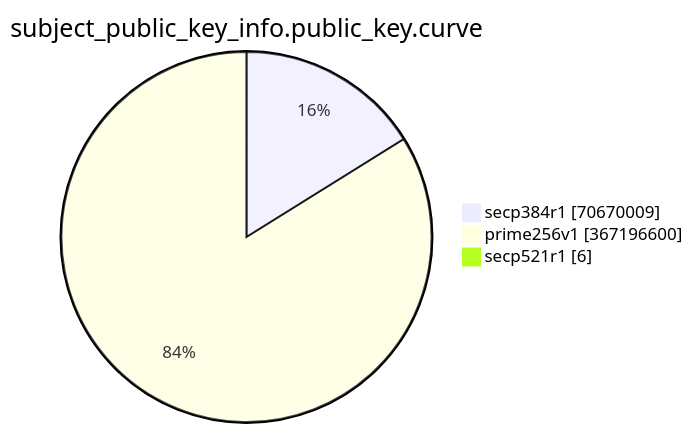
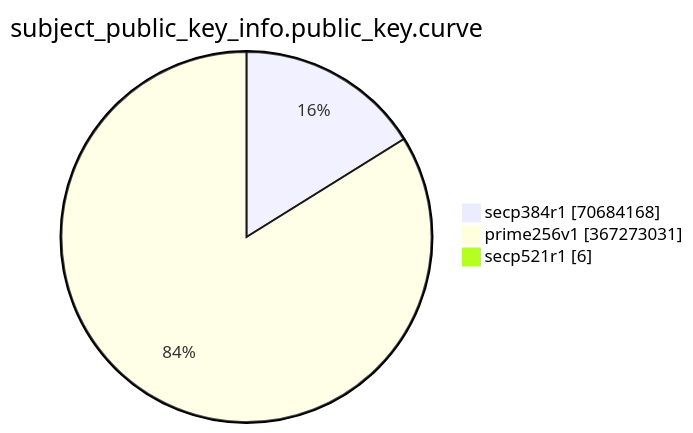
Before and after one commit to christiankrug/ctmonitor_visualization: the eighth of 15 diagrams in TOTAL/README.md, drawn with Mermaid. The commit also changed other lines of this file, not shown here.

````diff
--- a/TOTAL/README.md
+++ b/TOTAL/README.md
@@ -3094,7 +3094,7 @@
 ```mermaid
 pie showData
 title subject_public_key_info.public_key.curve
-"secp384r1" :70670009
-"prime256v1" :367196600
+"secp384r1" :70684168
+"prime256v1" :367273031
 "secp521r1" :6
 ```
````
